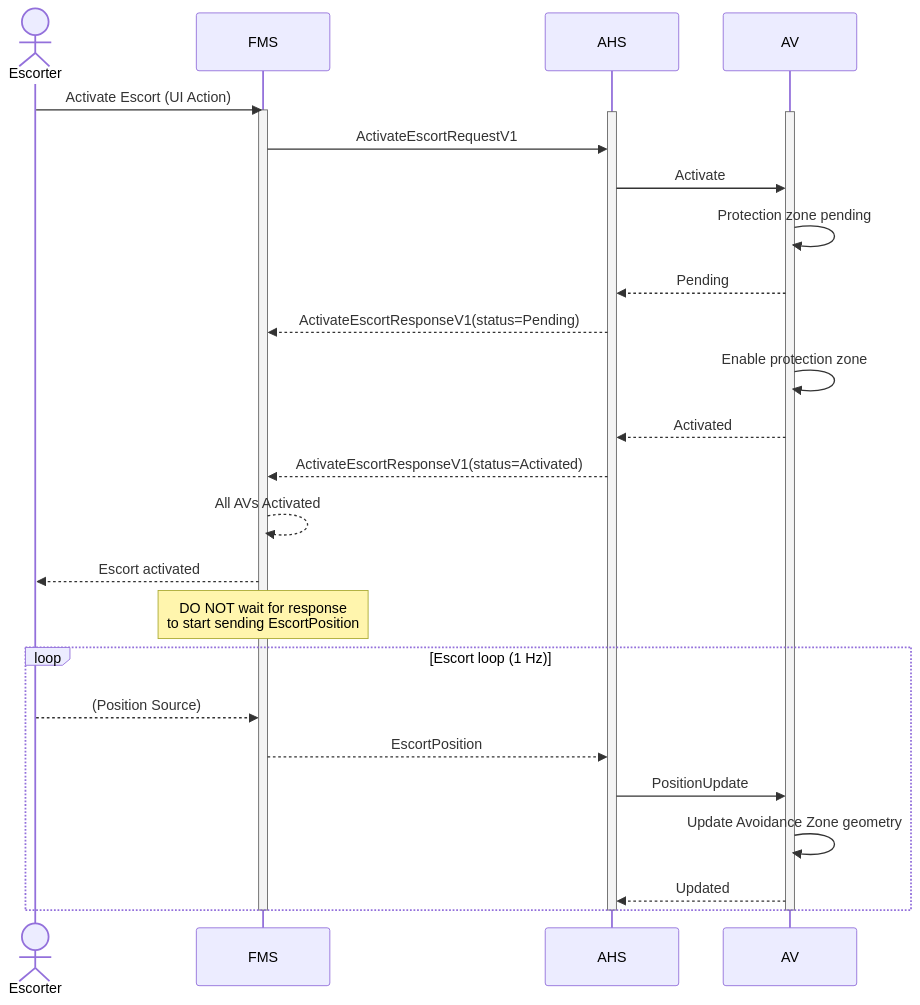
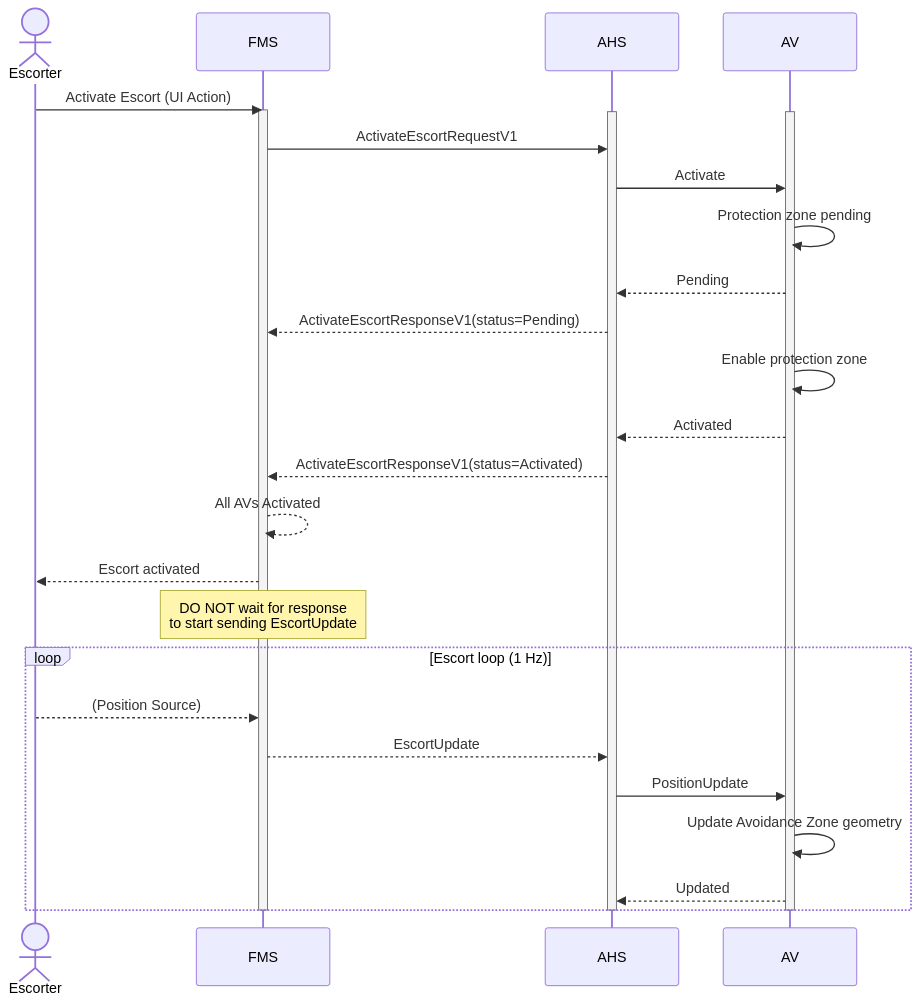
One commit to open-autonomy/escort changed the first of 3 diagrams in diagram/EscortActivation.md. Above: the diagram before and after it, drawn with Mermaid. The commit also changed 3 other files, not shown here.

Commit message:
proposal update message name from EscortPosition to EscortUpdate

````diff
--- a/diagram/EscortActivation.md
+++ b/diagram/EscortActivation.md
@@ -9,35 +9,35 @@
 ```mermaid
 sequenceDiagram
     actor Escorter
     participant FMS
     participant AHS
     participant AV
 
     Escorter->>FMS: Activate Escort (UI Action)
     activate FMS
     activate AHS
     activate AV
     FMS->>AHS: ActivateEscortRequestV1
     AHS->>AV: Activate
     AV->>AV: Protection zone pending
     AV-->>AHS: Pending
     AHS-->>FMS: ActivateEscortResponseV1(status=Pending)
 
     AV->>AV: Enable protection zone
     AV-->>AHS: Activated
     AHS-->>FMS: ActivateEscortResponseV1(status=Activated)
     FMS-->>FMS: All AVs Activated
     FMS-->>Escorter: Escort activated
-    Note over FMS: DO NOT wait for response<br/>to start sending EscortPosition
+    Note over FMS: DO NOT wait for response<br/>to start sending EscortUpdate
     loop Escort loop (1 Hz)
         Escorter-->>FMS: (Position Source)
-        FMS-->>AHS: EscortPosition
+        FMS-->>AHS: EscortUpdate
         AHS->>AV: PositionUpdate
         AV->>AV: Update Avoidance Zone geometry
         AV-->>AHS: Updated
     end
     %% Deactivation flow moved to EscortDeactivation.md
     deactivate AV
     deactivate AHS
     deactivate FMS
 ```
````
